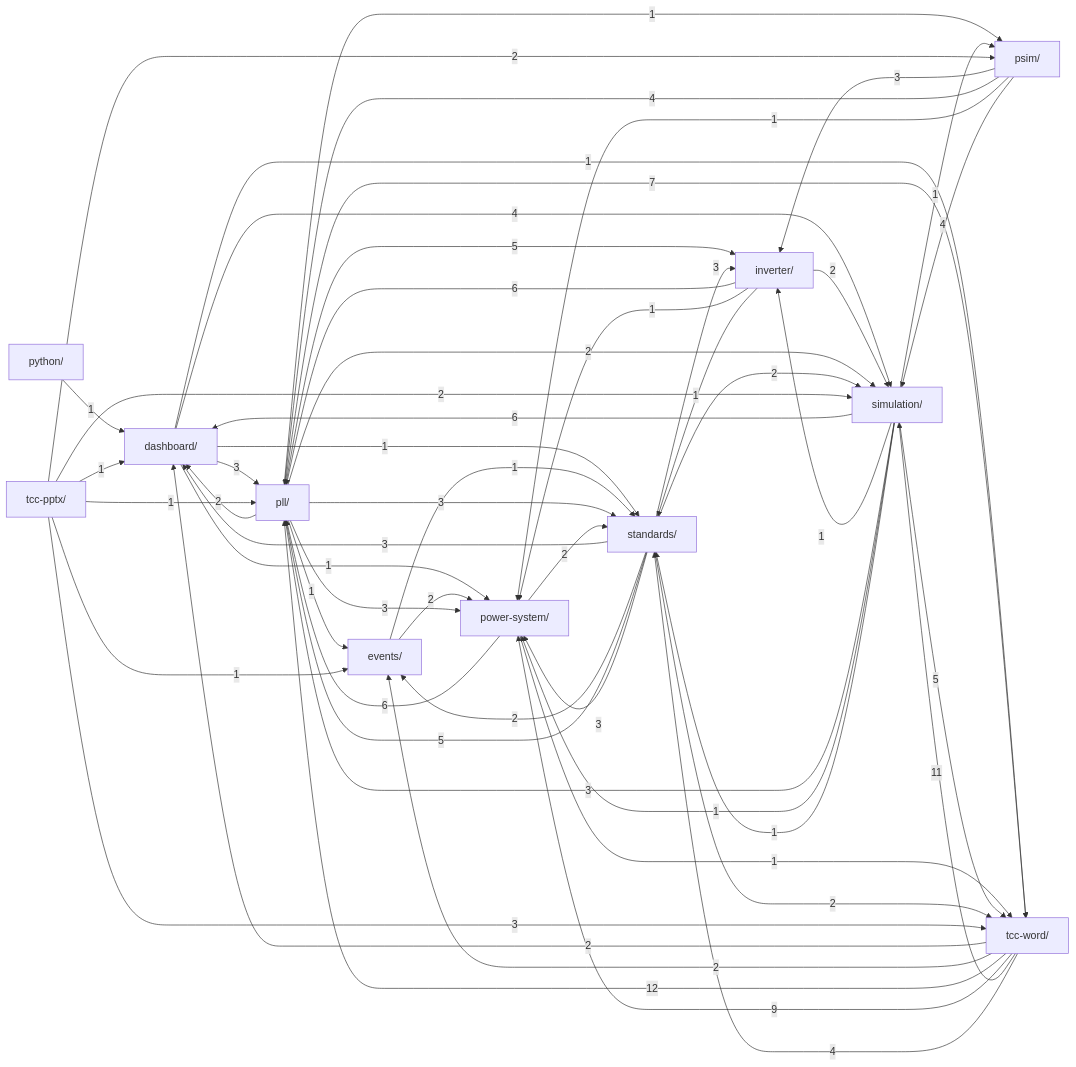
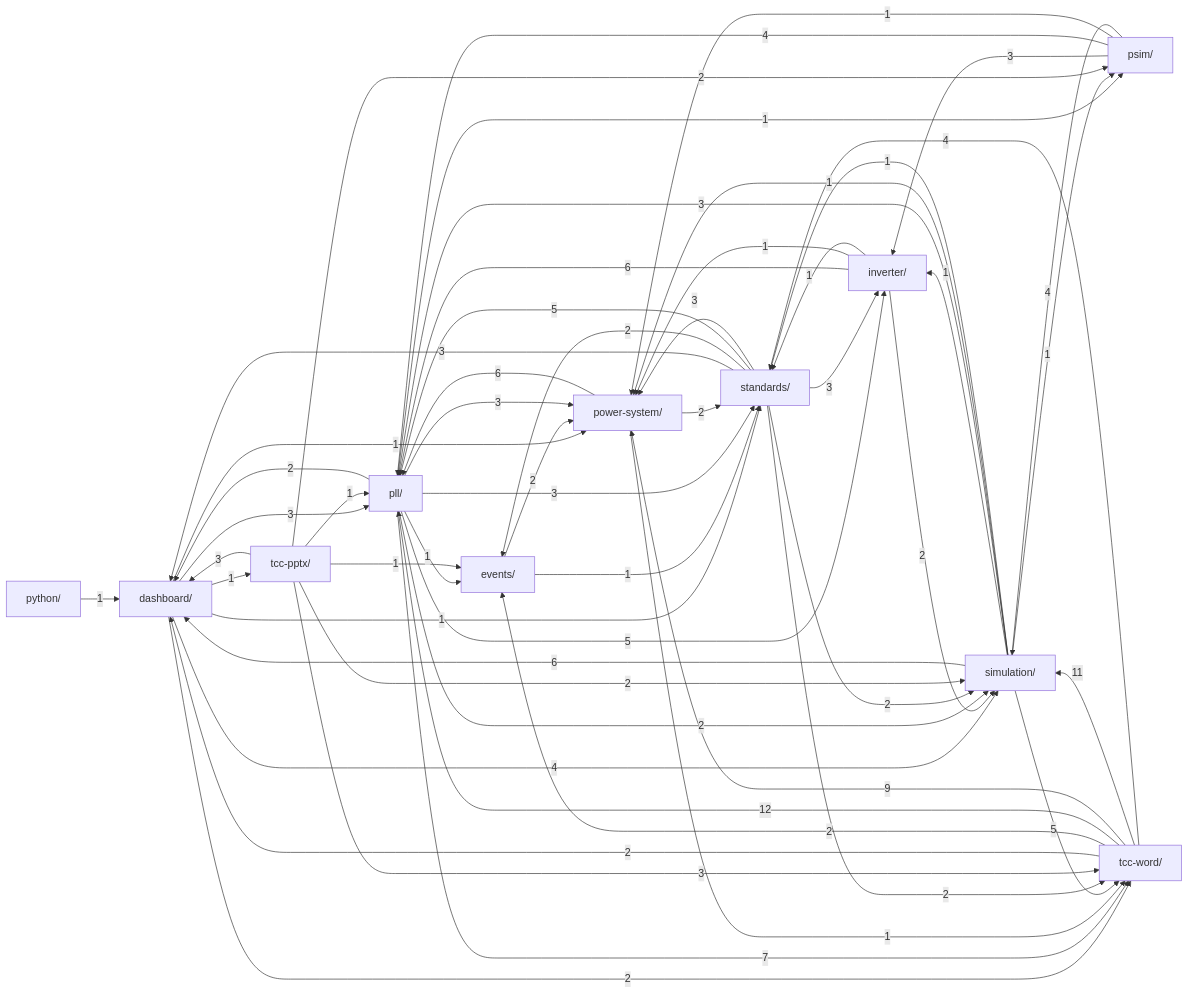
One commit to GGHB0/pll_stability_9bus changed the diagram in .claude/kb/grafo.md. Above: the diagram before and after it, drawn with Mermaid. The commit also changed 15 other files, not shown here.

````diff
--- a/.claude/kb/grafo.md
+++ b/.claude/kb/grafo.md
@@ -12,67 +12,68 @@
 ```mermaid
 graph LR
     dashboard["dashboard/"]
     events["events/"]
     inverter["inverter/"]
     pll["pll/"]
     power_system["power-system/"]
     psim["psim/"]
     python["python/"]
     simulation["simulation/"]
     standards["standards/"]
     tcc_pptx["tcc-pptx/"]
     tcc_word["tcc-word/"]
     dashboard -->|3| pll
     dashboard -->|1| power_system
     dashboard -->|4| simulation
     dashboard -->|1| standards
-    dashboard -->|1| tcc_word
+    dashboard -->|1| tcc_pptx
+    dashboard -->|2| tcc_word
     events -->|2| power_system
     events -->|1| standards
     inverter -->|6| pll
     inverter -->|1| power_system
     inverter -->|2| simulation
     inverter -->|1| standards
     pll -->|2| dashboard
     pll -->|1| events
     pll -->|5| inverter
     pll -->|3| power_system
     pll -->|1| psim
     pll -->|2| simulation
     pll -->|3| standards
     pll -->|7| tcc_word
     power_system -->|6| pll
     power_system -->|2| standards
     power_system -->|1| tcc_word
     psim -->|3| inverter
     psim -->|4| pll
     psim -->|1| power_system
     psim -->|4| simulation
     python -->|1| dashboard
     simulation -->|6| dashboard
     simulation -->|1| inverter
     simulation -->|3| pll
     simulation -->|1| power_system
     simulation -->|1| psim
     simulation -->|1| standards
     simulation -->|5| tcc_word
     standards -->|3| dashboard
     standards -->|2| events
     standards -->|3| inverter
     standards -->|5| pll
     standards -->|3| power_system
     standards -->|2| simulation
     standards -->|2| tcc_word
-    tcc_pptx -->|1| dashboard
+    tcc_pptx -->|3| dashboard
     tcc_pptx -->|1| events
     tcc_pptx -->|1| pll
     tcc_pptx -->|2| psim
     tcc_pptx -->|2| simulation
     tcc_pptx -->|3| tcc_word
     tcc_word -->|2| dashboard
     tcc_word -->|2| events
     tcc_word -->|12| pll
     tcc_word -->|9| power_system
     tcc_word -->|11| simulation
     tcc_word -->|4| standards
 ```
````
